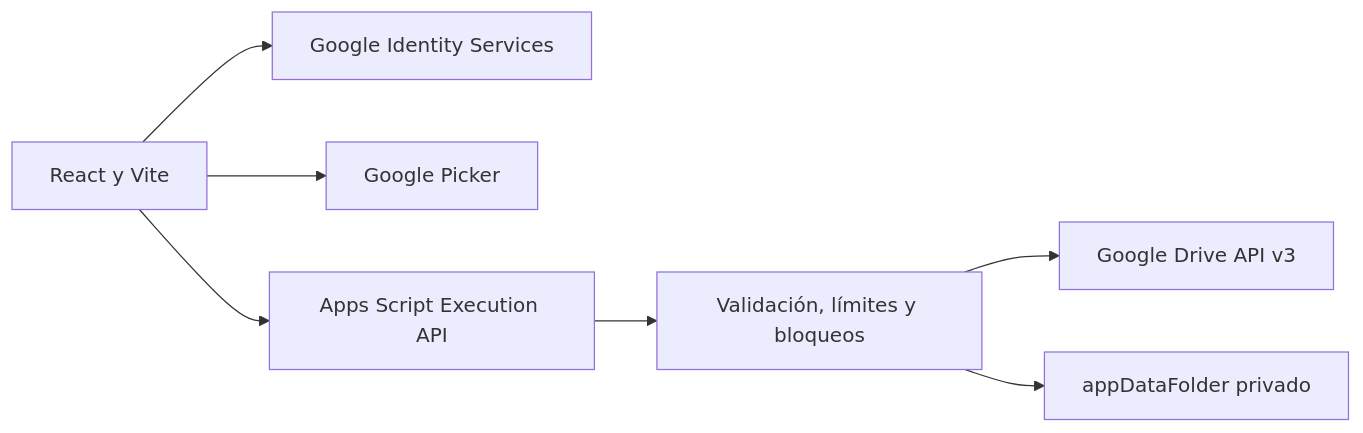
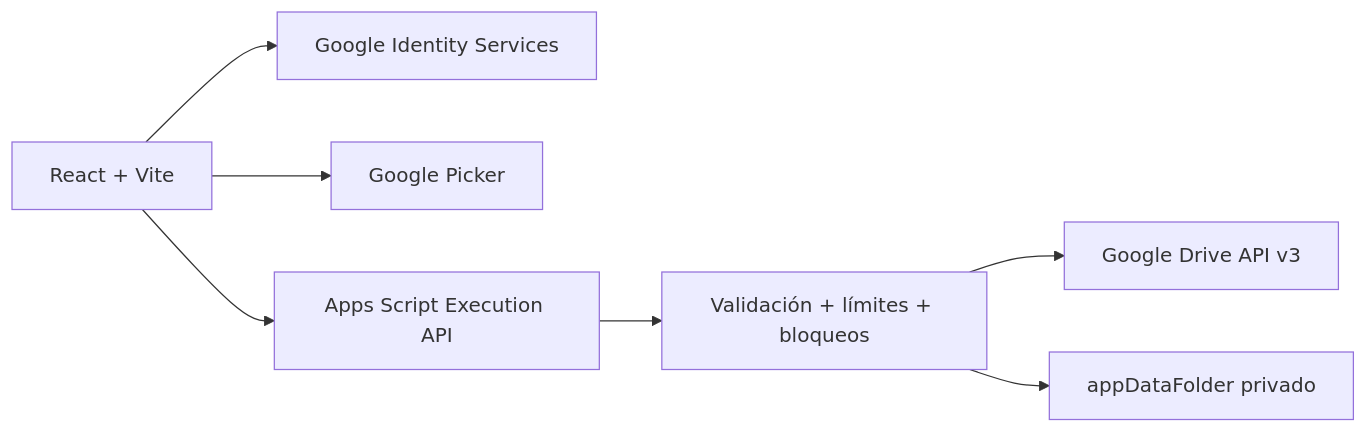
One commit to antoniojesusdelgado/drivetransfer changed the second of 2 diagrams in README.md. Above: the diagram before and after it, drawn with Mermaid. The commit also changed other lines of this file and 5 other files, not shown here.

````diff
--- a/README.md
+++ b/README.md
@@ -63,9 +81,9 @@
 ```mermaid
 flowchart LR
-  UI[React y Vite] --> GIS[Google Identity Services]
+  UI[React + Vite] --> GIS[Google Identity Services]
   UI --> Picker[Google Picker]
   UI --> API[Apps Script Execution API]
-  API --> Validacion[Validación, límites y bloqueos]
-  Validacion --> Drive[Google Drive API v3]
-  Validacion --> Datos[appDataFolder privado]
+  API --> Control[Validación + límites + bloqueos]
+  Control --> Drive[Google Drive API v3]
+  Control --> Data[appDataFolder privado]
 ```
````
